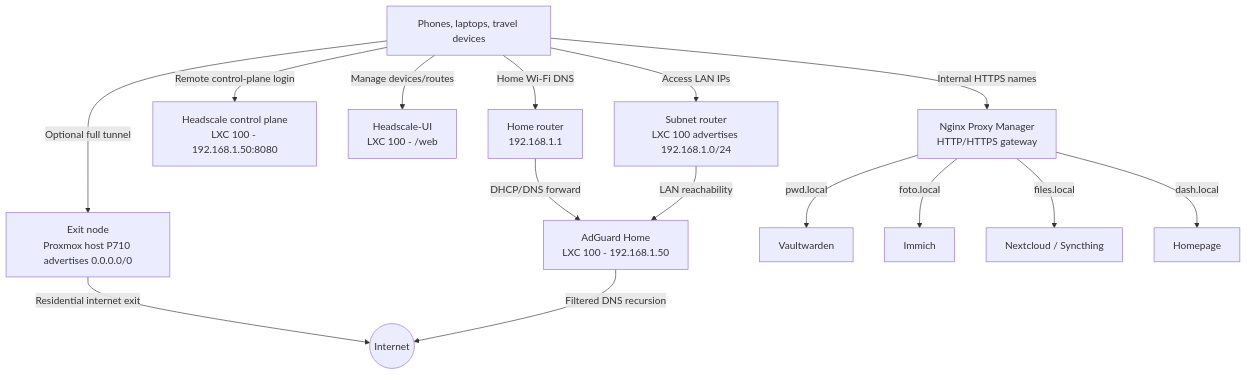
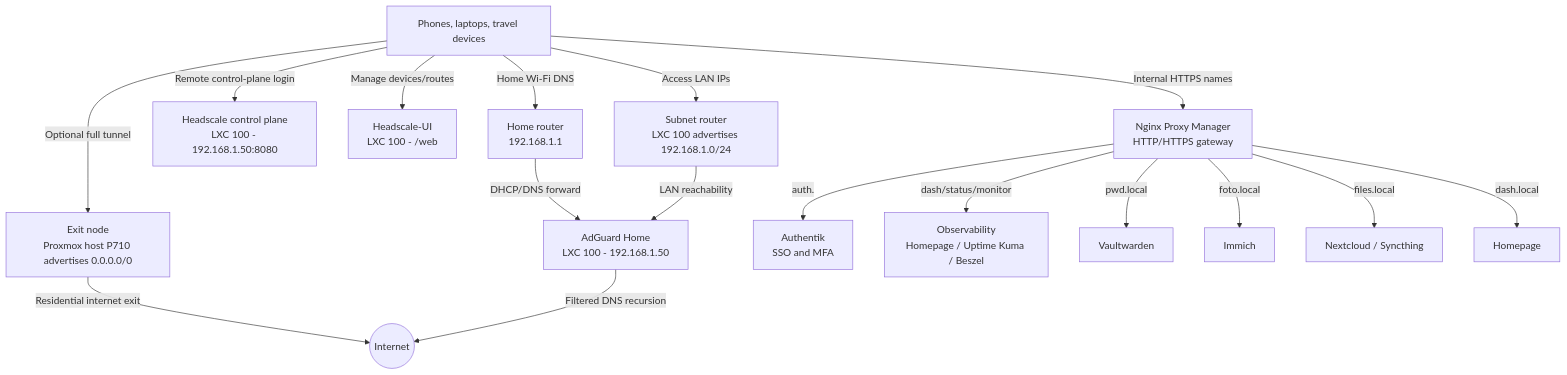
One commit to Mohamed-DN/Sovereign-Homelab changed the first of 2 diagrams in docs/infrastructure_plan_and_map.md. Above: the diagram before and after it, drawn with Mermaid. The commit also changed other lines of this file and 26 other files, not shown here.

Commit message:
docs: add high-level homelab roadmap and stacks

````diff
--- a/docs/infrastructure_plan_and_map.md
+++ b/docs/infrastructure_plan_and_map.md
@@ -13,29 +13,33 @@
 ```mermaid
 graph TD
     User["Phones, laptops, travel devices"]
     Router["Home router<br>192.168.1.1"]
     Internet(("Internet"))
 
     DNS["AdGuard Home<br>LXC 100 - 192.168.1.50"]
     Headscale["Headscale control plane<br>LXC 100 - 192.168.1.50:8080"]
     UI["Headscale-UI<br>LXC 100 - /web"]
     Subnet["Subnet router<br>LXC 100 advertises 192.168.1.0/24"]
     Exit["Exit node<br>Proxmox host P710 advertises 0.0.0.0/0"]
     Proxy["Nginx Proxy Manager<br>HTTP/HTTPS gateway"]
+    Auth["Authentik<br>SSO and MFA"]
+    Obs["Observability<br>Homepage / Uptime Kuma / Beszel"]
 
     User -->|Home Wi-Fi DNS| Router
     Router -->|DHCP/DNS forward| DNS
     User -->|Remote control-plane login| Headscale
     User -->|Manage devices/routes| UI
     User -->|Access LAN IPs| Subnet
     User -->|Optional full tunnel| Exit
     Subnet -->|LAN reachability| DNS
     Exit -->|Residential internet exit| Internet
     DNS -->|Filtered DNS recursion| Internet
     User -->|Internal HTTPS names| Proxy
+    Proxy -->|auth.<domain>| Auth
+    Proxy -->|dash/status/monitor| Obs
 
     Proxy -->|pwd.local| Vault["Vaultwarden"]
     Proxy -->|foto.local| Immich["Immich"]
     Proxy -->|files.local| Files["Nextcloud / Syncthing"]
     Proxy -->|dash.local| Dash["Homepage"]
 ```
````
